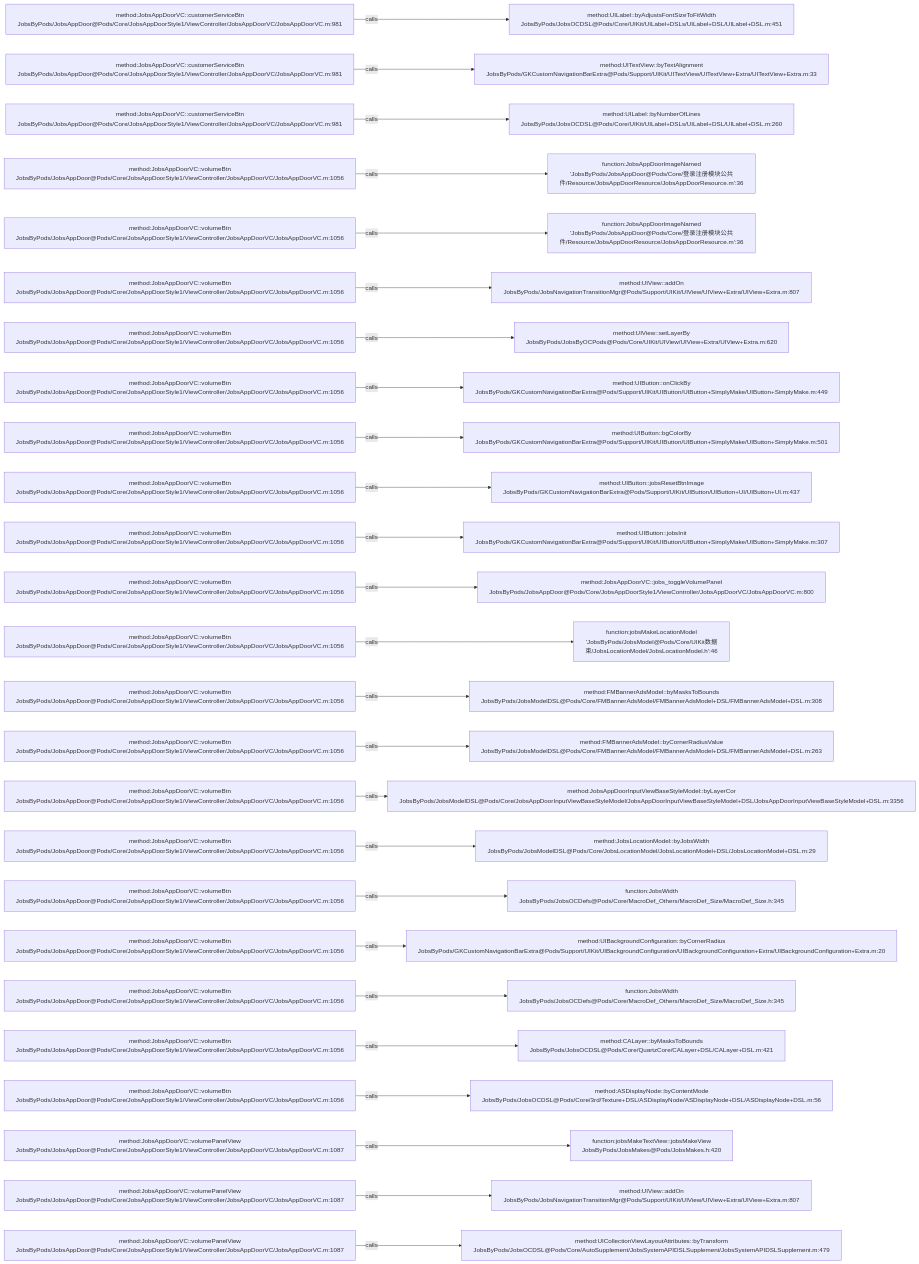
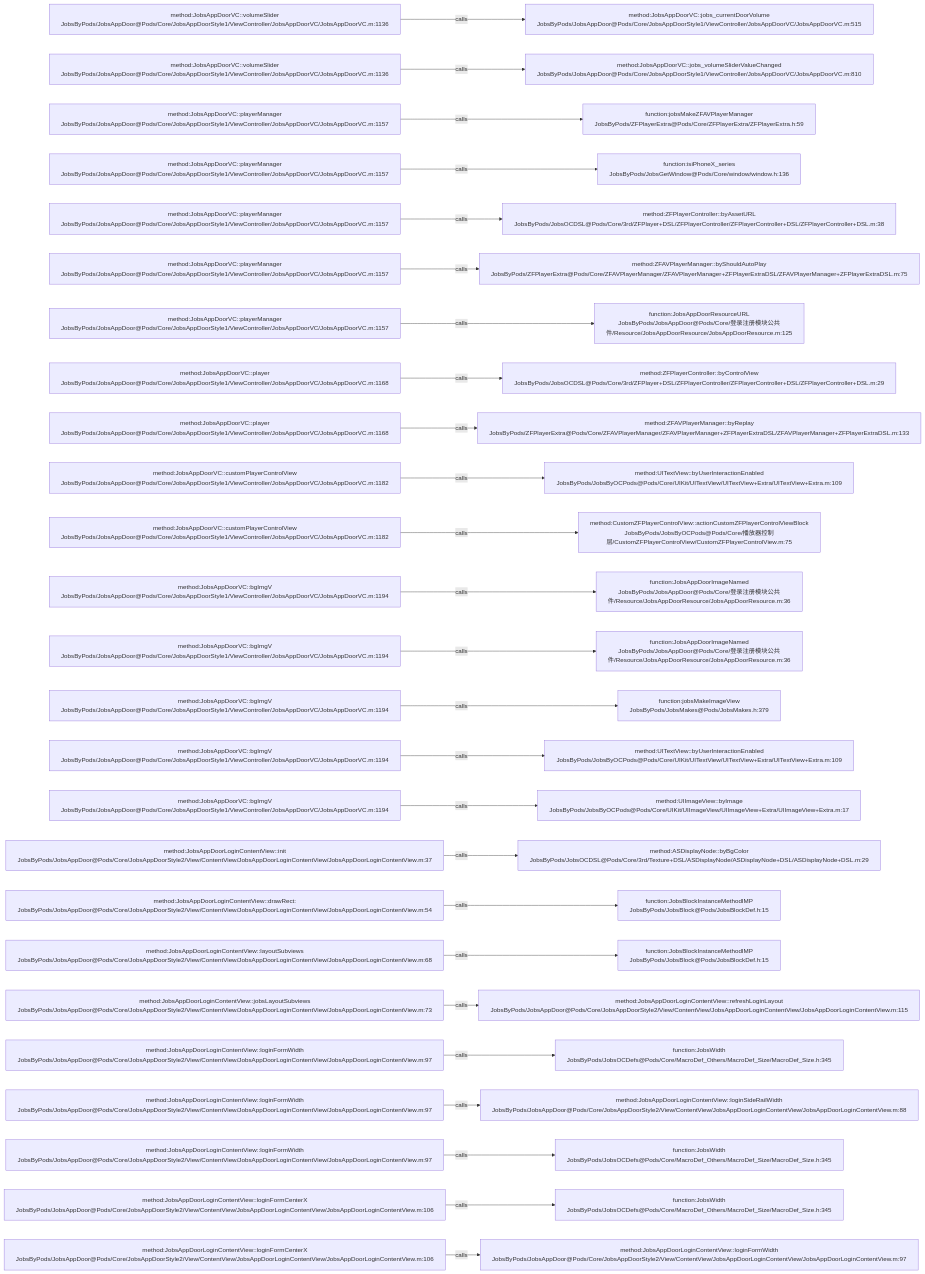
One commit to JobsKits/JobsOCBaseConfigDemo changed the diagram in .codegraph/codegraph.md/graphs/calls-117.md. Above: the diagram before and after it, drawn with Mermaid. The commit also changed 223 other files, not shown here.

````diff
--- a/.codegraph/codegraph.md/graphs/calls-117.md
+++ b/.codegraph/codegraph.md/graphs/calls-117.md
@@ -13,78 +13,78 @@
 ```mermaid
 flowchart LR
-  S1["method:JobsAppDoorVC::customerServiceBtn<br/>JobsByPods/JobsAppDoor@Pods/Core/JobsAppDoorStyle1/ViewController/JobsAppDoorVC/JobsAppDoorVC.m:981"]
-  T1["method:UILabel::byAdjustsFontSizeToFitWidth<br/>JobsByPods/JobsOCDSL@Pods/Core/UIKit/UILabel+DSLs/UILabel+DSL/UILabel+DSL.m:451"]
+  S1["method:JobsAppDoorVC::volumeSlider<br/>JobsByPods/JobsAppDoor@Pods/Core/JobsAppDoorStyle1/ViewController/JobsAppDoorVC/JobsAppDoorVC.m:1136"]
+  T1["method:JobsAppDoorVC::jobs_currentDoorVolume<br/>JobsByPods/JobsAppDoor@Pods/Core/JobsAppDoorStyle1/ViewController/JobsAppDoorVC/JobsAppDoorVC.m:515"]
   S1 -->|calls| T1
-  S2["method:JobsAppDoorVC::customerServiceBtn<br/>JobsByPods/JobsAppDoor@Pods/Core/JobsAppDoorStyle1/ViewController/JobsAppDoorVC/JobsAppDoorVC.m:981"]
-  T2["method:UITextView::byTextAlignment<br/>JobsByPods/GKCustomNavigationBarExtra@Pods/Support/UIKit/UITextView/UITextView+Extra/UITextView+Extra.m:33"]
+  S2["method:JobsAppDoorVC::volumeSlider<br/>JobsByPods/JobsAppDoor@Pods/Core/JobsAppDoorStyle1/ViewController/JobsAppDoorVC/JobsAppDoorVC.m:1136"]
+  T2["method:JobsAppDoorVC::jobs_volumeSliderValueChanged<br/>JobsByPods/JobsAppDoor@Pods/Core/JobsAppDoorStyle1/ViewController/JobsAppDoorVC/JobsAppDoorVC.m:810"]
   S2 -->|calls| T2
-  S3["method:JobsAppDoorVC::customerServiceBtn<br/>JobsByPods/JobsAppDoor@Pods/Core/JobsAppDoorStyle1/ViewController/JobsAppDoorVC/JobsAppDoorVC.m:981"]
-  T3["method:UILabel::byNumberOfLines<br/>JobsByPods/JobsOCDSL@Pods/Core/UIKit/UILabel+DSLs/UILabel+DSL/UILabel+DSL.m:260"]
+  S3["method:JobsAppDoorVC::playerManager<br/>JobsByPods/JobsAppDoor@Pods/Core/JobsAppDoorStyle1/ViewController/JobsAppDoorVC/JobsAppDoorVC.m:1157"]
+  T3["function:jobsMakeZFAVPlayerManager<br/>JobsByPods/ZFPlayerExtra@Pods/Core/ZFPlayerExtra/ZFPlayerExtra.h:59"]
   S3 -->|calls| T3
-  S4["method:JobsAppDoorVC::volumeBtn<br/>JobsByPods/JobsAppDoor@Pods/Core/JobsAppDoorStyle1/ViewController/JobsAppDoorVC/JobsAppDoorVC.m:1056"]
-  T4["function:JobsAppDoorImageNamed<br/>'JobsByPods/JobsAppDoor@Pods/Core/登录注册模块公共件/Resource/JobsAppDoorResource/JobsAppDoorResource.m':36"]
+  S4["method:JobsAppDoorVC::playerManager<br/>JobsByPods/JobsAppDoor@Pods/Core/JobsAppDoorStyle1/ViewController/JobsAppDoorVC/JobsAppDoorVC.m:1157"]
+  T4["function:isiPhoneX_series<br/>JobsByPods/JobsGetWindow@Pods/Core/window/window.h:136"]
   S4 -->|calls| T4
-  S5["method:JobsAppDoorVC::volumeBtn<br/>JobsByPods/JobsAppDoor@Pods/Core/JobsAppDoorStyle1/ViewController/JobsAppDoorVC/JobsAppDoorVC.m:1056"]
-  T5["function:JobsAppDoorImageNamed<br/>'JobsByPods/JobsAppDoor@Pods/Core/登录注册模块公共件/Resource/JobsAppDoorResource/JobsAppDoorResource.m':36"]
+  S5["method:JobsAppDoorVC::playerManager<br/>JobsByPods/JobsAppDoor@Pods/Core/JobsAppDoorStyle1/ViewController/JobsAppDoorVC/JobsAppDoorVC.m:1157"]
+  T5["method:ZFPlayerController::byAssetURL<br/>JobsByPods/JobsOCDSL@Pods/Core/3rd/ZFPlayer+DSL/ZFPlayerController/ZFPlayerController+DSL/ZFPlayerController+DSL.m:38"]
   S5 -->|calls| T5
-  S6["method:JobsAppDoorVC::volumeBtn<br/>JobsByPods/JobsAppDoor@Pods/Core/JobsAppDoorStyle1/ViewController/JobsAppDoorVC/JobsAppDoorVC.m:1056"]
-  T6["method:UIView::addOn<br/>JobsByPods/JobsNavigationTransitionMgr@Pods/Support/UIKit/UIView/UIView+Extra/UIView+Extra.m:807"]
+  S6["method:JobsAppDoorVC::playerManager<br/>JobsByPods/JobsAppDoor@Pods/Core/JobsAppDoorStyle1/ViewController/JobsAppDoorVC/JobsAppDoorVC.m:1157"]
+  T6["method:ZFAVPlayerManager::byShouldAutoPlay<br/>JobsByPods/ZFPlayerExtra@Pods/Core/ZFAVPlayerManager/ZFAVPlayerManager+ZFPlayerExtraDSL/ZFAVPlayerManager+ZFPlayerExtraDSL.m:75"]
   S6 -->|calls| T6
-  S7["method:JobsAppDoorVC::volumeBtn<br/>JobsByPods/JobsAppDoor@Pods/Core/JobsAppDoorStyle1/ViewController/JobsAppDoorVC/JobsAppDoorVC.m:1056"]
-  T7["method:UIView::setLayerBy<br/>JobsByPods/JobsByOCPods@Pods/Core/UIKit/UIView/UIView+Extra/UIView+Extra.m:620"]
+  S7["method:JobsAppDoorVC::playerManager<br/>JobsByPods/JobsAppDoor@Pods/Core/JobsAppDoorStyle1/ViewController/JobsAppDoorVC/JobsAppDoorVC.m:1157"]
+  T7["function:JobsAppDoorResourceURL<br/>JobsByPods/JobsAppDoor@Pods/Core/登录注册模块公共件/Resource/JobsAppDoorResource/JobsAppDoorResource.m:125"]
   S7 -->|calls| T7
-  S8["method:JobsAppDoorVC::volumeBtn<br/>JobsByPods/JobsAppDoor@Pods/Core/JobsAppDoorStyle1/ViewController/JobsAppDoorVC/JobsAppDoorVC.m:1056"]
-  T8["method:UIButton::onClickBy<br/>JobsByPods/GKCustomNavigationBarExtra@Pods/Support/UIKit/UIButton/UIButton+SimplyMake/UIButton+SimplyMake.m:449"]
+  S8["method:JobsAppDoorVC::player<br/>JobsByPods/JobsAppDoor@Pods/Core/JobsAppDoorStyle1/ViewController/JobsAppDoorVC/JobsAppDoorVC.m:1168"]
+  T8["method:ZFPlayerController::byControlView<br/>JobsByPods/JobsOCDSL@Pods/Core/3rd/ZFPlayer+DSL/ZFPlayerController/ZFPlayerController+DSL/ZFPlayerController+DSL.m:29"]
   S8 -->|calls| T8
-  S9["method:JobsAppDoorVC::volumeBtn<br/>JobsByPods/JobsAppDoor@Pods/Core/JobsAppDoorStyle1/ViewController/JobsAppDoorVC/JobsAppDoorVC.m:1056"]
-  T9["method:UIButton::bgColorBy<br/>JobsByPods/GKCustomNavigationBarExtra@Pods/Support/UIKit/UIButton/UIButton+SimplyMake/UIButton+SimplyMake.m:501"]
+  S9["method:JobsAppDoorVC::player<br/>JobsByPods/JobsAppDoor@Pods/Core/JobsAppDoorStyle1/ViewController/JobsAppDoorVC/JobsAppDoorVC.m:1168"]
+  T9["method:ZFAVPlayerManager::byReplay<br/>JobsByPods/ZFPlayerExtra@Pods/Core/ZFAVPlayerManager/ZFAVPlayerManager+ZFPlayerExtraDSL/ZFAVPlayerManager+ZFPlayerExtraDSL.m:133"]
   S9 -->|calls| T9
-  S10["method:JobsAppDoorVC::volumeBtn<br/>JobsByPods/JobsAppDoor@Pods/Core/JobsAppDoorStyle1/ViewController/JobsAppDoorVC/JobsAppDoorVC.m:1056"]
-  T10["method:UIButton::jobsResetBtnImage<br/>JobsByPods/GKCustomNavigationBarExtra@Pods/Support/UIKit/UIButton/UIButton+UI/UIButton+UI.m:437"]
+  S10["method:JobsAppDoorVC::customPlayerControlView<br/>JobsByPods/JobsAppDoor@Pods/Core/JobsAppDoorStyle1/ViewController/JobsAppDoorVC/JobsAppDoorVC.m:1182"]
+  T10["method:UITextView::byUserInteractionEnabled<br/>JobsByPods/JobsByOCPods@Pods/Core/UIKit/UITextView/UITextView+Extra/UITextView+Extra.m:109"]
   S10 -->|calls| T10
-  S11["method:JobsAppDoorVC::volumeBtn<br/>JobsByPods/JobsAppDoor@Pods/Core/JobsAppDoorStyle1/ViewController/JobsAppDoorVC/JobsAppDoorVC.m:1056"]
-  T11["method:UIButton::jobsInit<br/>JobsByPods/GKCustomNavigationBarExtra@Pods/Support/UIKit/UIButton/UIButton+SimplyMake/UIButton+SimplyMake.m:307"]
+  S11["method:JobsAppDoorVC::customPlayerControlView<br/>JobsByPods/JobsAppDoor@Pods/Core/JobsAppDoorStyle1/ViewController/JobsAppDoorVC/JobsAppDoorVC.m:1182"]
+  T11["method:CustomZFPlayerControlView::actionCustomZFPlayerControlViewBlock<br/>JobsByPods/JobsByOCPods@Pods/Core/播放器控制层/CustomZFPlayerControlView/CustomZFPlayerControlView.m:75"]
   S11 -->|calls| T11
-  S12["method:JobsAppDoorVC::volumeBtn<br/>JobsByPods/JobsAppDoor@Pods/Core/JobsAppDoorStyle1/ViewController/JobsAppDoorVC/JobsAppDoorVC.m:1056"]
-  T12["method:JobsAppDoorVC::jobs_toggleVolumePanel<br/>JobsByPods/JobsAppDoor@Pods/Core/JobsAppDoorStyle1/ViewController/JobsAppDoorVC/JobsAppDoorVC.m:800"]
+  S12["method:JobsAppDoorVC::bgImgV<br/>JobsByPods/JobsAppDoor@Pods/Core/JobsAppDoorStyle1/ViewController/JobsAppDoorVC/JobsAppDoorVC.m:1194"]
+  T12["function:JobsAppDoorImageNamed<br/>JobsByPods/JobsAppDoor@Pods/Core/登录注册模块公共件/Resource/JobsAppDoorResource/JobsAppDoorResource.m:36"]
   S12 -->|calls| T12
-  S13["method:JobsAppDoorVC::volumeBtn<br/>JobsByPods/JobsAppDoor@Pods/Core/JobsAppDoorStyle1/ViewController/JobsAppDoorVC/JobsAppDoorVC.m:1056"]
-  T13["function:jobsMakeLocationModel<br/>'JobsByPods/JobsModel@Pods/Core/UIKit数据束/JobsLocationModel/JobsLocationModel.h':46"]
+  S13["method:JobsAppDoorVC::bgImgV<br/>JobsByPods/JobsAppDoor@Pods/Core/JobsAppDoorStyle1/ViewController/JobsAppDoorVC/JobsAppDoorVC.m:1194"]
+  T13["function:JobsAppDoorImageNamed<br/>JobsByPods/JobsAppDoor@Pods/Core/登录注册模块公共件/Resource/JobsAppDoorResource/JobsAppDoorResource.m:36"]
   S13 -->|calls| T13
-  S14["method:JobsAppDoorVC::volumeBtn<br/>JobsByPods/JobsAppDoor@Pods/Core/JobsAppDoorStyle1/ViewController/JobsAppDoorVC/JobsAppDoorVC.m:1056"]
-  T14["method:FMBannerAdsModel::byMasksToBounds<br/>JobsByPods/JobsModelDSL@Pods/Core/FMBannerAdsModel/FMBannerAdsModel+DSL/FMBannerAdsModel+DSL.m:308"]
+  S14["method:JobsAppDoorVC::bgImgV<br/>JobsByPods/JobsAppDoor@Pods/Core/JobsAppDoorStyle1/ViewController/JobsAppDoorVC/JobsAppDoorVC.m:1194"]
+  T14["function:jobsMakeImageView<br/>JobsByPods/JobsMakes@Pods/JobsMakes.h:379"]
   S14 -->|calls| T14
-  S15["method:JobsAppDoorVC::volumeBtn<br/>JobsByPods/JobsAppDoor@Pods/Core/JobsAppDoorStyle1/ViewController/JobsAppDoorVC/JobsAppDoorVC.m:1056"]
-  T15["method:FMBannerAdsModel::byCornerRadiusValue<br/>JobsByPods/JobsModelDSL@Pods/Core/FMBannerAdsModel/FMBannerAdsModel+DSL/FMBannerAdsModel+DSL.m:263"]
+  S15["method:JobsAppDoorVC::bgImgV<br/>JobsByPods/JobsAppDoor@Pods/Core/JobsAppDoorStyle1/ViewController/JobsAppDoorVC/JobsAppDoorVC.m:1194"]
+  T15["method:UITextView::byUserInteractionEnabled<br/>JobsByPods/JobsByOCPods@Pods/Core/UIKit/UITextView/UITextView+Extra/UITextView+Extra.m:109"]
   S15 -->|calls| T15
-  S16["method:JobsAppDoorVC::volumeBtn<br/>JobsByPods/JobsAppDoor@Pods/Core/JobsAppDoorStyle1/ViewController/JobsAppDoorVC/JobsAppDoorVC.m:1056"]
-  T16["method:JobsAppDoorInputViewBaseStyleModel::byLayerCor<br/>JobsByPods/JobsModelDSL@Pods/Core/JobsAppDoorInputViewBaseStyleModel/JobsAppDoorInputViewBaseStyleModel+DSL/JobsAppDoorInputViewBaseStyleModel+DSL.m:3356"]
+  S16["method:JobsAppDoorVC::bgImgV<br/>JobsByPods/JobsAppDoor@Pods/Core/JobsAppDoorStyle1/ViewController/JobsAppDoorVC/JobsAppDoorVC.m:1194"]
+  T16["method:UIImageView::byImage<br/>JobsByPods/JobsByOCPods@Pods/Core/UIKit/UIImageView/UIImageView+Extra/UIImageView+Extra.m:17"]
   S16 -->|calls| T16
-  S17["method:JobsAppDoorVC::volumeBtn<br/>JobsByPods/JobsAppDoor@Pods/Core/JobsAppDoorStyle1/ViewController/JobsAppDoorVC/JobsAppDoorVC.m:1056"]
-  T17["method:JobsLocationModel::byJobsWidth<br/>JobsByPods/JobsModelDSL@Pods/Core/JobsLocationModel/JobsLocationModel+DSL/JobsLocationModel+DSL.m:29"]
+  S17["method:JobsAppDoorLoginContentView::init<br/>JobsByPods/JobsAppDoor@Pods/Core/JobsAppDoorStyle2/View/ContentView/JobsAppDoorLoginContentView/JobsAppDoorLoginContentView.m:37"]
+  T17["method:ASDisplayNode::byBgColor<br/>JobsByPods/JobsOCDSL@Pods/Core/3rd/Texture+DSL/ASDisplayNode/ASDisplayNode+DSL/ASDisplayNode+DSL.m:29"]
   S17 -->|calls| T17
-  S18["method:JobsAppDoorVC::volumeBtn<br/>JobsByPods/JobsAppDoor@Pods/Core/JobsAppDoorStyle1/ViewController/JobsAppDoorVC/JobsAppDoorVC.m:1056"]
-  T18["function:JobsWidth<br/>JobsByPods/JobsOCDefs@Pods/Core/MacroDef_Others/MacroDef_Size/MacroDef_Size.h:345"]
+  S18["method:JobsAppDoorLoginContentView::drawRect:<br/>JobsByPods/JobsAppDoor@Pods/Core/JobsAppDoorStyle2/View/ContentView/JobsAppDoorLoginContentView/JobsAppDoorLoginContentView.m:54"]
+  T18["function:JobsBlockInstanceMethodIMP<br/>JobsByPods/JobsBlock@Pods/JobsBlockDef.h:15"]
   S18 -->|calls| T18
-  S19["method:JobsAppDoorVC::volumeBtn<br/>JobsByPods/JobsAppDoor@Pods/Core/JobsAppDoorStyle1/ViewController/JobsAppDoorVC/JobsAppDoorVC.m:1056"]
-  T19["method:UIBackgroundConfiguration::byCornerRadius<br/>JobsByPods/GKCustomNavigationBarExtra@Pods/Support/UIKit/UIBackgroundConfiguration/UIBackgroundConfiguration+Extra/UIBackgroundConfiguration+Extra.m:20"]
+  S19["method:JobsAppDoorLoginContentView::layoutSubviews<br/>JobsByPods/JobsAppDoor@Pods/Core/JobsAppDoorStyle2/View/ContentView/JobsAppDoorLoginContentView/JobsAppDoorLoginContentView.m:68"]
+  T19["function:JobsBlockInstanceMethodIMP<br/>JobsByPods/JobsBlock@Pods/JobsBlockDef.h:15"]
   S19 -->|calls| T19
-  S20["method:JobsAppDoorVC::volumeBtn<br/>JobsByPods/JobsAppDoor@Pods/Core/JobsAppDoorStyle1/ViewController/JobsAppDoorVC/JobsAppDoorVC.m:1056"]
-  T20["function:JobsWidth<br/>JobsByPods/JobsOCDefs@Pods/Core/MacroDef_Others/MacroDef_Size/MacroDef_Size.h:345"]
+  S20["method:JobsAppDoorLoginContentView::jobsLayoutSubviews<br/>JobsByPods/JobsAppDoor@Pods/Core/JobsAppDoorStyle2/View/ContentView/JobsAppDoorLoginContentView/JobsAppDoorLoginContentView.m:73"]
+  T20["method:JobsAppDoorLoginContentView::refreshLoginLayout<br/>JobsByPods/JobsAppDoor@Pods/Core/JobsAppDoorStyle2/View/ContentView/JobsAppDoorLoginContentView/JobsAppDoorLoginContentView.m:115"]
   S20 -->|calls| T20
-  S21["method:JobsAppDoorVC::volumeBtn<br/>JobsByPods/JobsAppDoor@Pods/Core/JobsAppDoorStyle1/ViewController/JobsAppDoorVC/JobsAppDoorVC.m:1056"]
-  T21["method:CALayer::byMasksToBounds<br/>JobsByPods/JobsOCDSL@Pods/Core/QuartzCore/CALayer+DSL/CALayer+DSL.m:421"]
+  S21["method:JobsAppDoorLoginContentView::loginFormWidth<br/>JobsByPods/JobsAppDoor@Pods/Core/JobsAppDoorStyle2/View/ContentView/JobsAppDoorLoginContentView/JobsAppDoorLoginContentView.m:97"]
+  T21["function:JobsWidth<br/>JobsByPods/JobsOCDefs@Pods/Core/MacroDef_Others/MacroDef_Size/MacroDef_Size.h:345"]
   S21 -->|calls| T21
-  S22["method:JobsAppDoorVC::volumeBtn<br/>JobsByPods/JobsAppDoor@Pods/Core/JobsAppDoorStyle1/ViewController/JobsAppDoorVC/JobsAppDoorVC.m:1056"]
-  T22["method:ASDisplayNode::byContentMode<br/>JobsByPods/JobsOCDSL@Pods/Core/3rd/Texture+DSL/ASDisplayNode/ASDisplayNode+DSL/ASDisplayNode+DSL.m:56"]
+  S22["method:JobsAppDoorLoginContentView::loginFormWidth<br/>JobsByPods/JobsAppDoor@Pods/Core/JobsAppDoorStyle2/View/ContentView/JobsAppDoorLoginContentView/JobsAppDoorLoginContentView.m:97"]
+  T22["method:JobsAppDoorLoginContentView::loginSideRailWidth<br/>JobsByPods/JobsAppDoor@Pods/Core/JobsAppDoorStyle2/View/ContentView/JobsAppDoorLoginContentView/JobsAppDoorLoginContentView.m:88"]
   S22 -->|calls| T22
-  S23["method:JobsAppDoorVC::volumePanelView<br/>JobsByPods/JobsAppDoor@Pods/Core/JobsAppDoorStyle1/ViewController/JobsAppDoorVC/JobsAppDoorVC.m:1087"]
-  T23["function:jobsMakeTextView::jobsMakeView<br/>JobsByPods/JobsMakes@Pods/JobsMakes.h:420"]
+  S23["method:JobsAppDoorLoginContentView::loginFormWidth<br/>JobsByPods/JobsAppDoor@Pods/Core/JobsAppDoorStyle2/View/ContentView/JobsAppDoorLoginContentView/JobsAppDoorLoginContentView.m:97"]
+  T23["function:JobsWidth<br/>JobsByPods/JobsOCDefs@Pods/Core/MacroDef_Others/MacroDef_Size/MacroDef_Size.h:345"]
   S23 -->|calls| T23
-  S24["method:JobsAppDoorVC::volumePanelView<br/>JobsByPods/JobsAppDoor@Pods/Core/JobsAppDoorStyle1/ViewController/JobsAppDoorVC/JobsAppDoorVC.m:1087"]
-  T24["method:UIView::addOn<br/>JobsByPods/JobsNavigationTransitionMgr@Pods/Support/UIKit/UIView/UIView+Extra/UIView+Extra.m:807"]
+  S24["method:JobsAppDoorLoginContentView::loginFormCenterX<br/>JobsByPods/JobsAppDoor@Pods/Core/JobsAppDoorStyle2/View/ContentView/JobsAppDoorLoginContentView/JobsAppDoorLoginContentView.m:106"]
+  T24["function:JobsWidth<br/>JobsByPods/JobsOCDefs@Pods/Core/MacroDef_Others/MacroDef_Size/MacroDef_Size.h:345"]
   S24 -->|calls| T24
-  S25["method:JobsAppDoorVC::volumePanelView<br/>JobsByPods/JobsAppDoor@Pods/Core/JobsAppDoorStyle1/ViewController/JobsAppDoorVC/JobsAppDoorVC.m:1087"]
-  T25["method:UICollectionViewLayoutAttributes::byTransform<br/>JobsByPods/JobsOCDSL@Pods/Core/AutoSupplement/JobsSystemAPIDSLSupplement/JobsSystemAPIDSLSupplement.m:479"]
+  S25["method:JobsAppDoorLoginContentView::loginFormCenterX<br/>JobsByPods/JobsAppDoor@Pods/Core/JobsAppDoorStyle2/View/ContentView/JobsAppDoorLoginContentView/JobsAppDoorLoginContentView.m:106"]
+  T25["method:JobsAppDoorLoginContentView::loginFormWidth<br/>JobsByPods/JobsAppDoor@Pods/Core/JobsAppDoorStyle2/View/ContentView/JobsAppDoorLoginContentView/JobsAppDoorLoginContentView.m:97"]
   S25 -->|calls| T25
 ```
````
